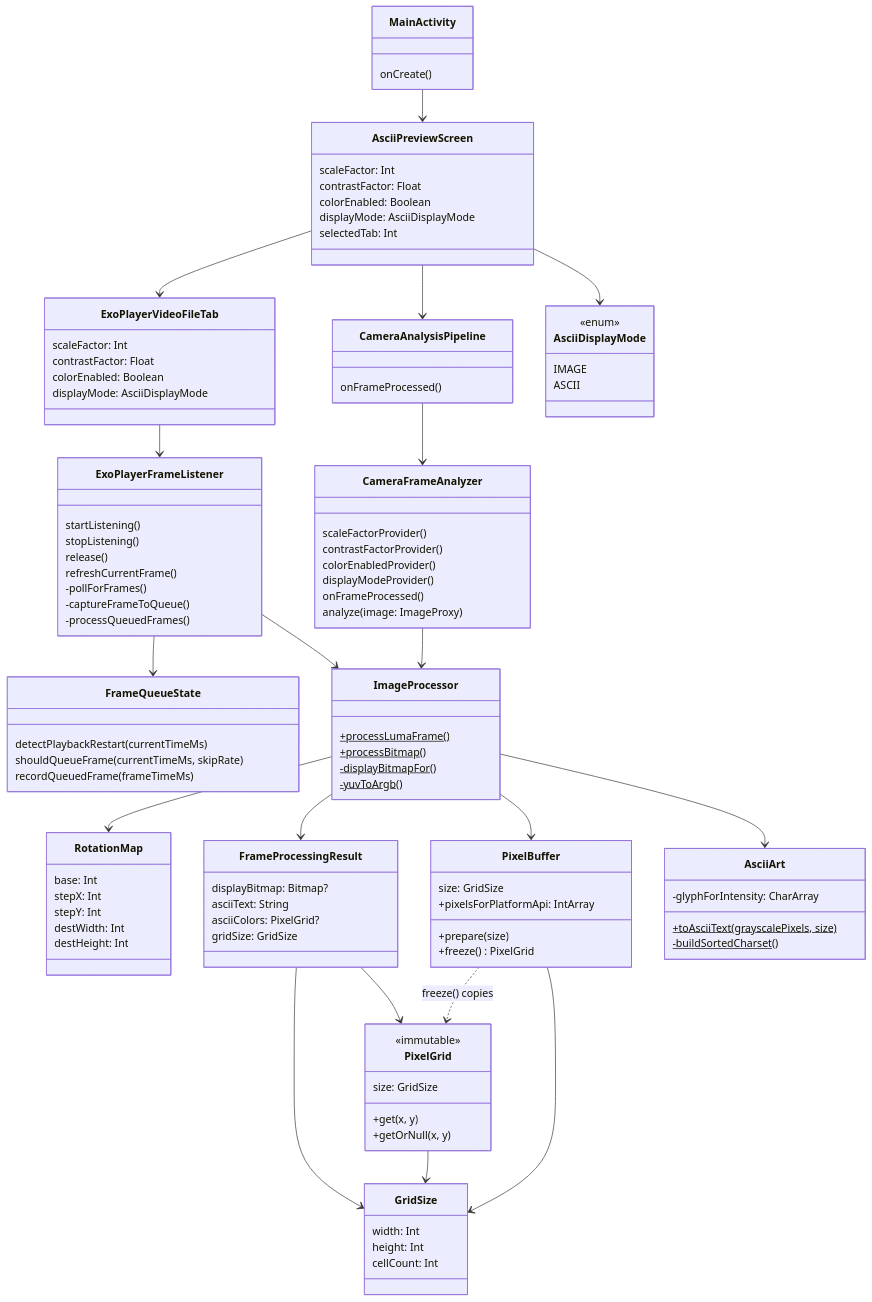
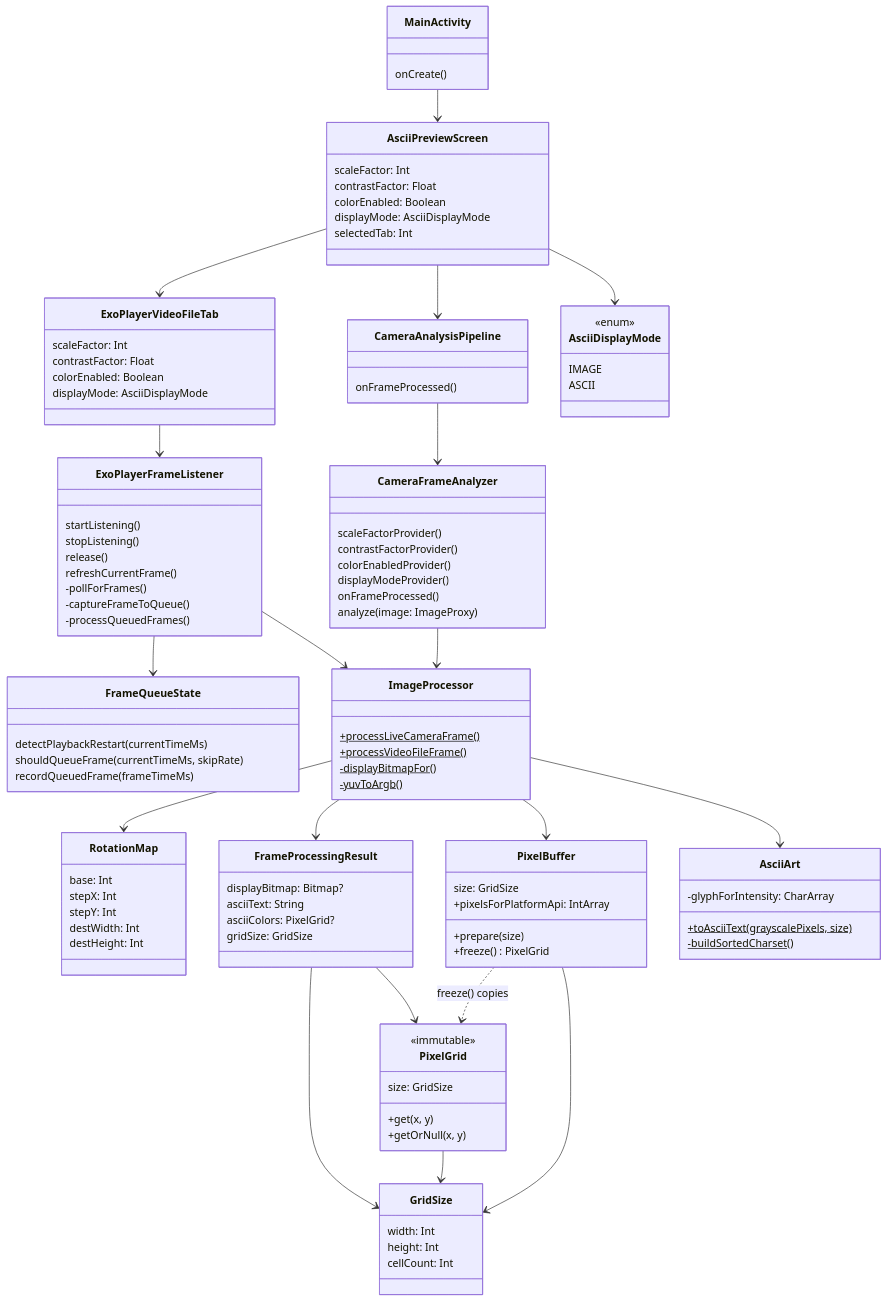
Before and after one commit to replicant1/AsciiArt: the diagram in docs/class-diagram.mmd, drawn with Mermaid. The commit also changed 12 other files, not shown here.

```diff
--- a/docs/class-diagram.mmd
+++ b/docs/class-diagram.mmd
@@ -1,121 +1,121 @@
 classDiagram
     class MainActivity {
         onCreate()
     }
 
     class AsciiPreviewScreen {
         scaleFactor: Int
         contrastFactor: Float
         colorEnabled: Boolean
         displayMode: AsciiDisplayMode
         selectedTab: Int
     }
 
     class CameraAnalysisPipeline {
         onFrameProcessed()
     }
 
     class CameraFrameAnalyzer {
         scaleFactorProvider()
         contrastFactorProvider()
         colorEnabledProvider()
         displayModeProvider()
         onFrameProcessed()
         analyze(image: ImageProxy)
     }
 
     class ExoPlayerVideoFileTab {
         scaleFactor: Int
         contrastFactor: Float
         colorEnabled: Boolean
         displayMode: AsciiDisplayMode
     }
 
     class ExoPlayerFrameListener {
         startListening()
         stopListening()
         release()
         refreshCurrentFrame()
         -pollForFrames()
         -captureFrameToQueue()
         -processQueuedFrames()
     }
 
     class FrameQueueState {
         detectPlaybackRestart(currentTimeMs)
         shouldQueueFrame(currentTimeMs, skipRate)
         recordQueuedFrame(frameTimeMs)
     }
 
     class ImageProcessor {
-        +processLumaFrame()$
-        +processBitmap()$
+        +processLiveCameraFrame()$
+        +processVideoFileFrame()$
         -displayBitmapFor()$
         -yuvToArgb()$
     }
 
     class RotationMap {
         base: Int
         stepX: Int
         stepY: Int
         destWidth: Int
         destHeight: Int
     }
 
     class FrameProcessingResult {
         displayBitmap: Bitmap?
         asciiText: String
         asciiColors: PixelGrid?
         gridSize: GridSize
     }
 
     class GridSize {
         width: Int
         height: Int
         cellCount: Int
     }
 
     class PixelGrid {
         <<immutable>>
         size: GridSize
         +get(x, y)
         +getOrNull(x, y)
     }
 
     class PixelBuffer {
         size: GridSize
         +prepare(size)
         +freeze() PixelGrid
         +pixelsForPlatformApi: IntArray
     }
 
     class AsciiArt {
         +toAsciiText(grayscalePixels, size)$
         -glyphForIntensity: CharArray
         -buildSortedCharset()$
     }
 
     class AsciiDisplayMode {
         <<enum>>
         IMAGE
         ASCII
     }
 
     MainActivity --> AsciiPreviewScreen
     AsciiPreviewScreen --> CameraAnalysisPipeline
     AsciiPreviewScreen --> ExoPlayerVideoFileTab
     AsciiPreviewScreen --> AsciiDisplayMode
     CameraAnalysisPipeline --> CameraFrameAnalyzer
     CameraFrameAnalyzer --> ImageProcessor
     ExoPlayerVideoFileTab --> ExoPlayerFrameListener
     ExoPlayerFrameListener --> FrameQueueState
     ExoPlayerFrameListener --> ImageProcessor
     ImageProcessor --> RotationMap
     ImageProcessor --> FrameProcessingResult
     ImageProcessor --> AsciiArt
     ImageProcessor --> PixelBuffer
     PixelBuffer ..> PixelGrid : freeze() copies
     PixelBuffer --> GridSize
     PixelGrid --> GridSize
     FrameProcessingResult --> PixelGrid
     FrameProcessingResult --> GridSize
```
